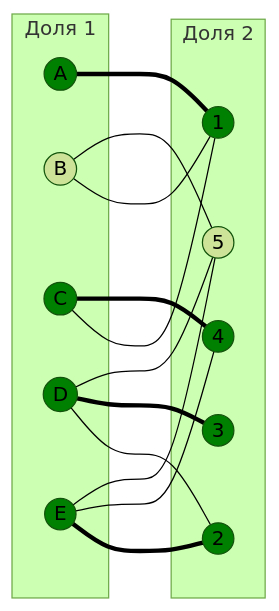
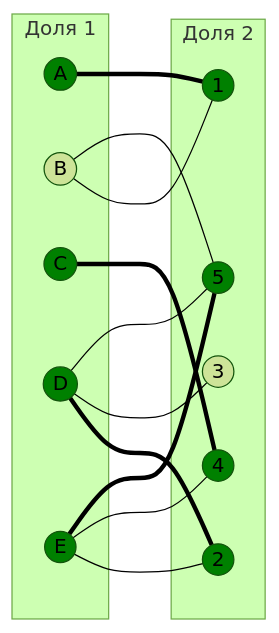
The eighth of 10 diagrams in Задание 8/NEXUS.md (algos-ris-24-5/manual-tasks), drawn with Mermaid (forest theme) before and after one commit. The commit also changed other lines of this file, not shown here.

````diff
--- a/Задание 8/NEXUS.md
+++ b/Задание 8/NEXUS.md
@@ -315,37 +306,36 @@
 ```mermaid
 graph LR
     subgraph "Доля 1"
         A((A))
         B((B))
         C((C))
         D((D))
         E((E))
     end
     subgraph "Доля 2"
         1((1))
         2((2))
         3((3))
         4((4))
         5((5))
     end
     A === 1
     B --- 1
     B --- 5
-    C --- 1
     C === 4
-    D --- 2
-    D === 3
+    D === 2
+    D --- 3
     D --- 5
-    E === 2
+    E --- 2
     E --- 4
-    E --- 5
+    E === 5
     
     style A fill:#008000
     style C fill:#008000
     style D fill:#008000
     style E fill:#008000
     style 1 fill:#008000
     style 2 fill:#008000
-    style 3 fill:#008000
     style 4 fill:#008000
+    style 5 fill:#008000
 ```
````
